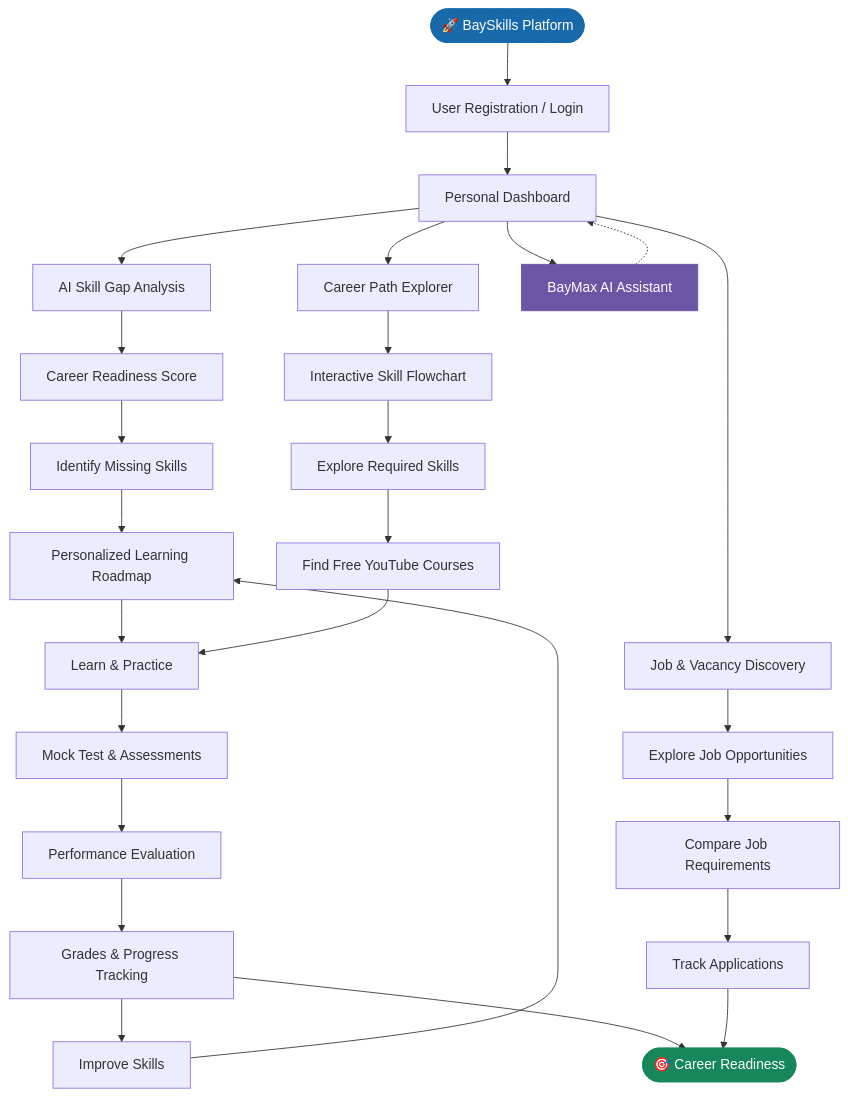
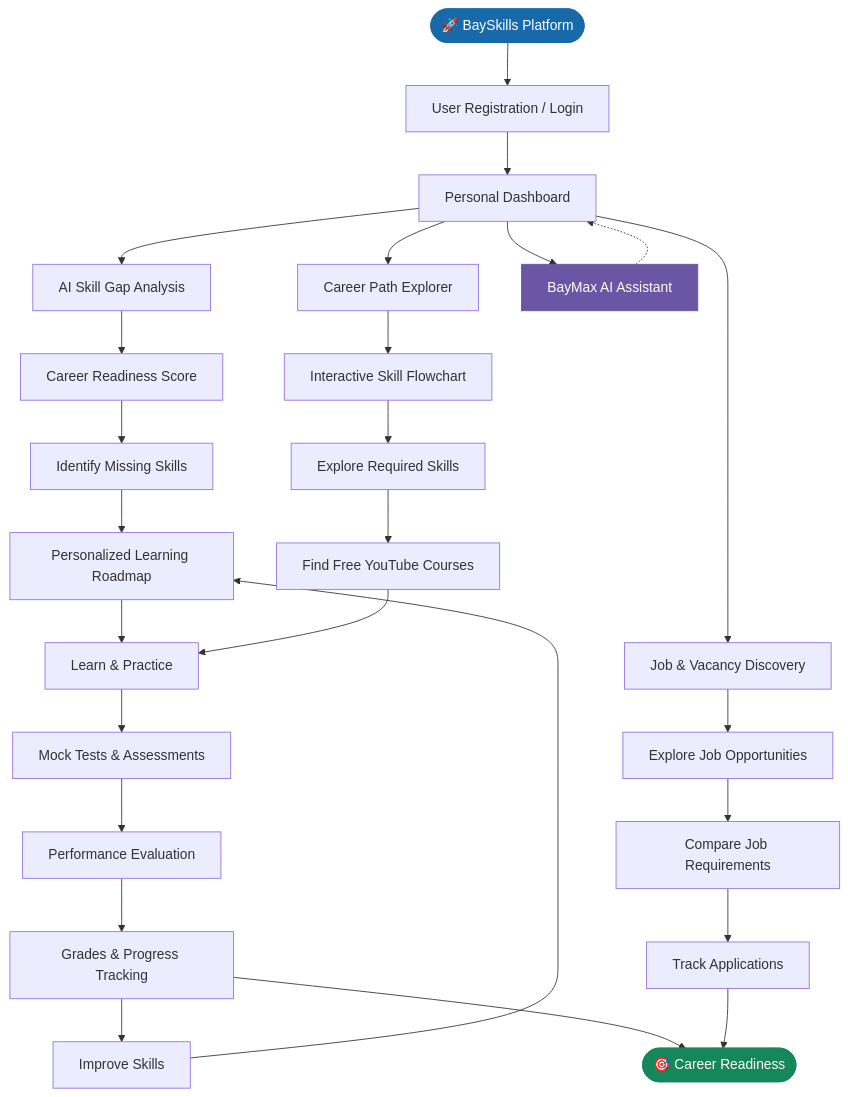
The first of 2 diagrams in README.md (kartik-mlops/BaySkills), drawn with Mermaid before and after one commit. The commit also changed other lines of this file, not shown here.

````diff
--- a/README.md
+++ b/README.md
@@ -31,41 +37,41 @@
 ```mermaid
 flowchart TD
     A(["🚀 BaySkills Platform"]) --> B["User Registration / Login"]
     B --> C["Personal Dashboard"]
-    
+
     C --> D["AI Skill Gap Analysis"]
     C --> E["Career Path Explorer"]
     C --> F["BayMax AI Assistant"]
     C --> G["Job & Vacancy Discovery"]
 
     D --> H["Career Readiness Score"]
     H --> I["Identify Missing Skills"]
     I --> J["Personalized Learning Roadmap"]
 
     E --> K["Interactive Skill Flowchart"]
     K --> L["Explore Required Skills"]
     L --> M["Find Free YouTube Courses"]
 
     J --> N["Learn & Practice"]
     M --> N
 
-    N --> O["Mock Test & Assessments"]
+    N --> O["Mock Tests & Assessments"]
     O --> P["Performance Evaluation"]
     P --> Q["Grades & Progress Tracking"]
 
     Q --> R["Improve Skills"]
     R --> J
 
     G --> S["Explore Job Opportunities"]
     S --> T["Compare Job Requirements"]
     T --> U["Track Applications"]
 
     F -.-> C
 
     Q --> V(["🎯 Career Readiness"])
     U --> V
 
     style A fill:#1769aa,color:#fff,stroke:#1769aa
     style V fill:#16865b,color:#fff,stroke:#16865b
     style F fill:#6b55a5,color:#fff,stroke:#6b55a5
 ```
````
